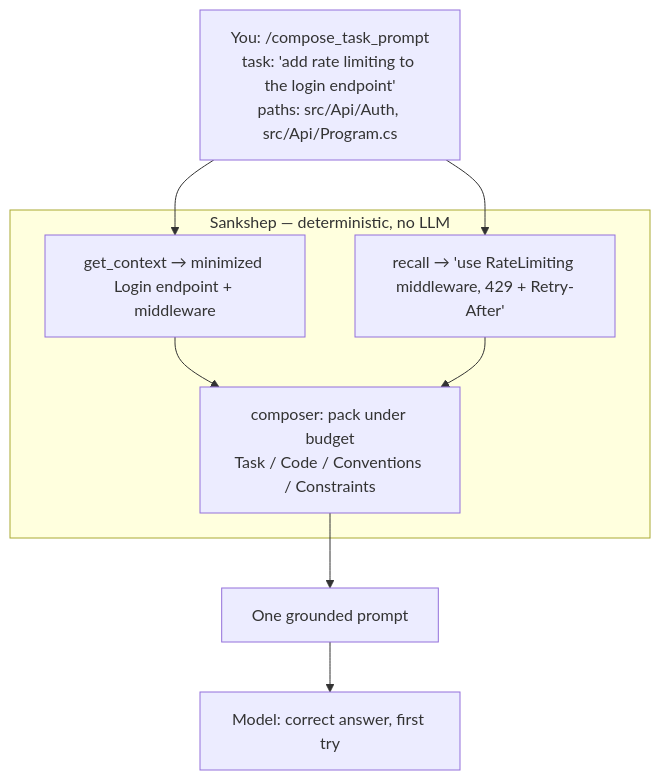
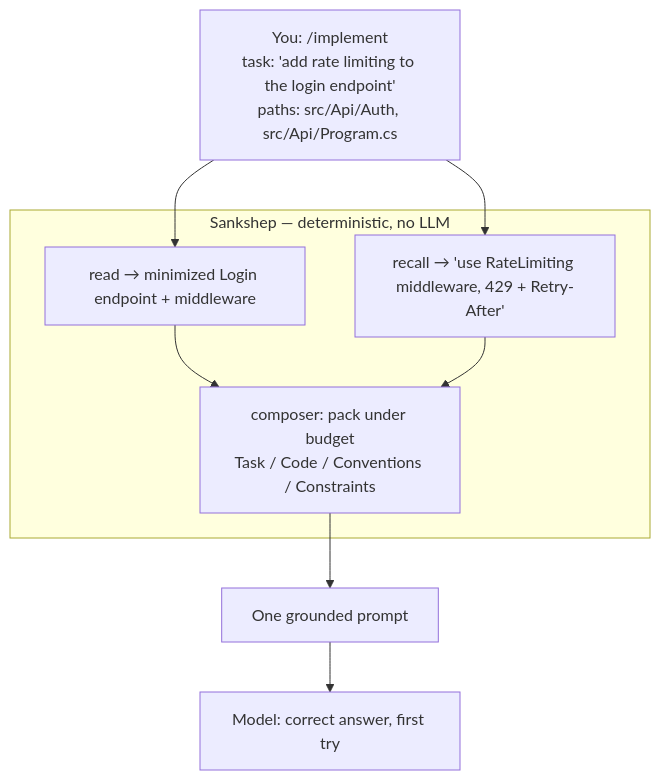
The second of 3 diagrams in docs/composer.md (nitinpawar28/sankshep-docs), drawn with Mermaid before and after one commit. The commit also changed other lines of this file and 19 other files, not shown here.

````diff
--- a/docs/composer.md
+++ b/docs/composer.md
@@ -77,14 +79,14 @@
 ```mermaid
 flowchart TB
-    U["You: /compose_task_prompt<br/>task: 'add rate limiting to the login endpoint'<br/>paths: src/Api/Auth, src/Api/Program.cs"]
+    U["You: /implement<br/>task: 'add rate limiting to the login endpoint'<br/>paths: src/Api/Auth, src/Api/Program.cs"]
     subgraph S["Sankshep — deterministic, no LLM"]
-        GC["get_context → minimized Login endpoint + middleware"]
+        GC["read → minimized Login endpoint + middleware"]
         RC["recall → 'use RateLimiting middleware, 429 + Retry-After'"]
         CMP["composer: pack under budget<br/>Task / Code / Conventions / Constraints"]
     end
     P["One grounded prompt"]
     M["Model: correct answer, first try"]
     U --> GC --> CMP
     U --> RC --> CMP
     CMP --> P --> M
 ```
````
